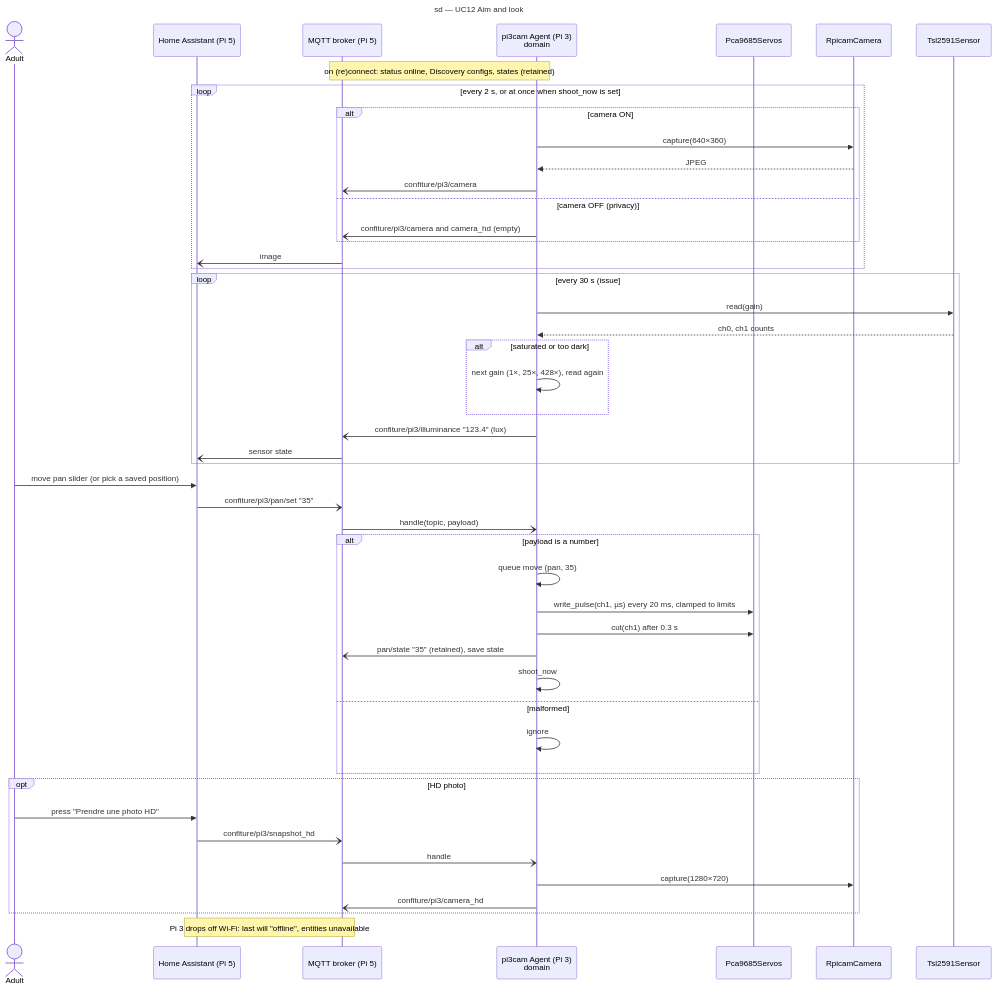
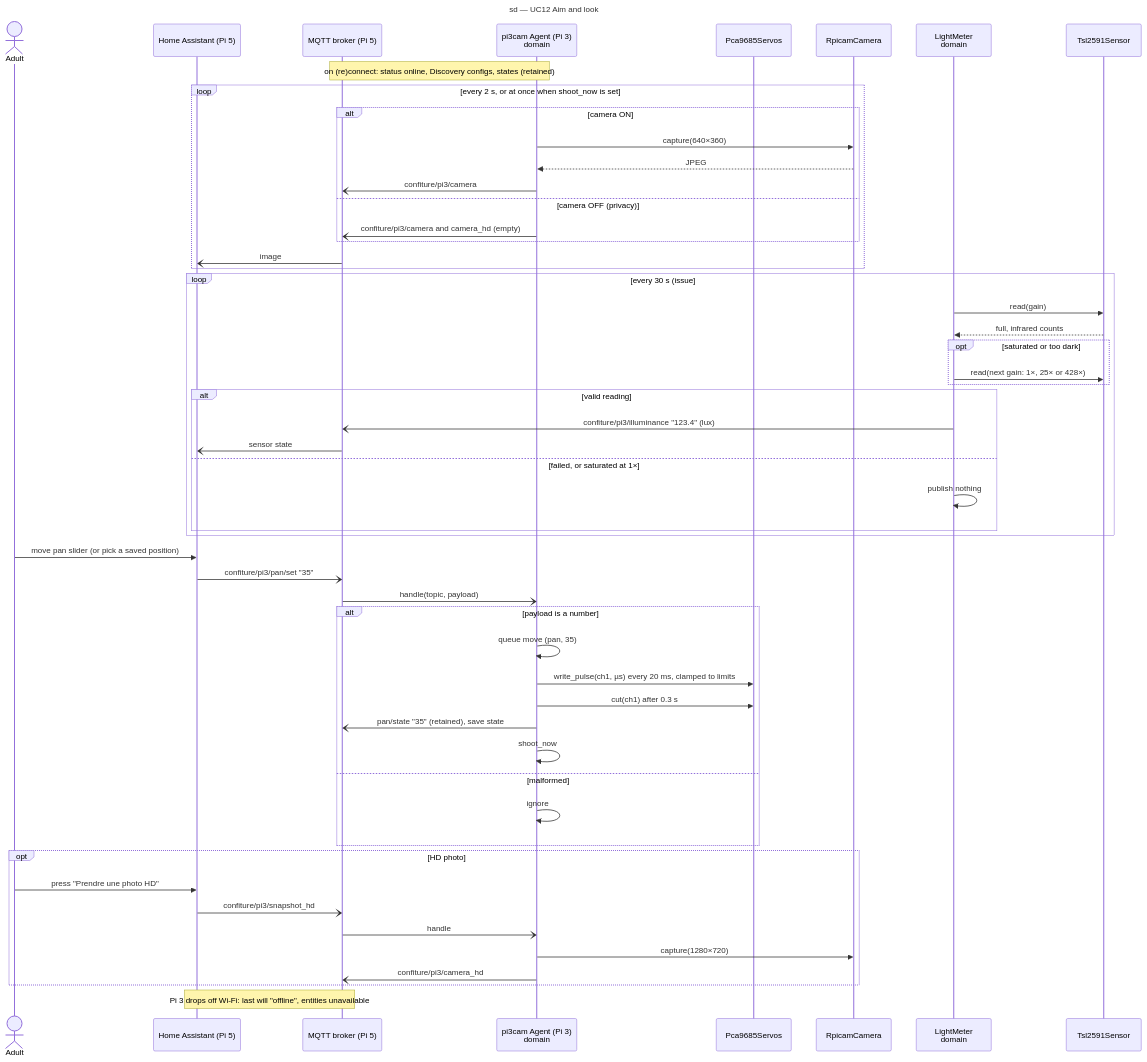
The diagram in docs/architecture/diagrams/pan-tilt-camera/01-sequence-aim-and-look.md (benoit-bremaud/confiture), drawn with Mermaid before and after one commit. The commit also changed 5 other files, not shown here.

First line of the commit message:
fix(pan-tilt): keep the agent up when the light sensor fails

````diff
--- a/docs/architecture/diagrams/pan-tilt-camera/01-sequence-aim-and-look.md
+++ b/docs/architecture/diagrams/pan-tilt-camera/01-sequence-aim-and-look.md
@@ -16,54 +16,59 @@
 ```mermaid
 ---
 title: sd — UC12 Aim and look
 ---
 sequenceDiagram
   actor Adult
   participant HA as Home Assistant (Pi 5)
   participant MQ as MQTT broker (Pi 5)
   participant AG as pi3cam Agent (Pi 3)<br/>domain
   participant SV as Pca9685Servos
   participant CAM as RpicamCamera
+  participant LM as LightMeter<br/>domain
   participant LS as Tsl2591Sensor
 
   Note over AG,MQ: on (re)connect: status online, Discovery configs, states (retained)
   loop every 2 s, or at once when shoot_now is set
     alt camera ON
       AG->>CAM: capture(640×360)
       CAM-->>AG: JPEG
       AG-)MQ: confiture/pi3/camera
     else camera OFF (privacy)
       AG-)MQ: confiture/pi3/camera and camera_hd (empty)
     end
     MQ-)HA: image
   end
   loop every 30 s (issue #8)
-    AG->>LS: read(gain)
-    LS-->>AG: ch0, ch1 counts
-    alt saturated or too dark
-      AG->>AG: next gain (1×, 25×, 428×), read again
+    LM->>LS: read(gain)
+    LS-->>LM: full, infrared counts
+    opt saturated or too dark
+      LM->>LS: read(next gain: 1×, 25× or 428×)
     end
-    AG-)MQ: confiture/pi3/illuminance "123.4" (lux)
-    MQ-)HA: sensor state
+    alt valid reading
+      LM-)MQ: confiture/pi3/illuminance "123.4" (lux)
+      MQ-)HA: sensor state
+    else failed, or saturated at 1×
+      LM->>LM: publish nothing
+    end
   end
   Adult->>HA: move pan slider (or pick a saved position)
   HA-)MQ: confiture/pi3/pan/set "35"
   MQ-)AG: handle(topic, payload)
   alt payload is a number
     AG->>AG: queue move (pan, 35)
     AG->>SV: write_pulse(ch1, µs) every 20 ms, clamped to limits
     AG->>SV: cut(ch1) after 0.3 s
     AG-)MQ: pan/state "35" (retained), save state
     AG->>AG: shoot_now
   else malformed
     AG->>AG: ignore
   end
   opt HD photo
     Adult->>HA: press "Prendre une photo HD"
     HA-)MQ: confiture/pi3/snapshot_hd
     MQ-)AG: handle
     AG->>CAM: capture(1280×720)
     AG-)MQ: confiture/pi3/camera_hd
   end
   Note over MQ,HA: Pi 3 drops off Wi-Fi: last will "offline", entities unavailable
 ```
````
